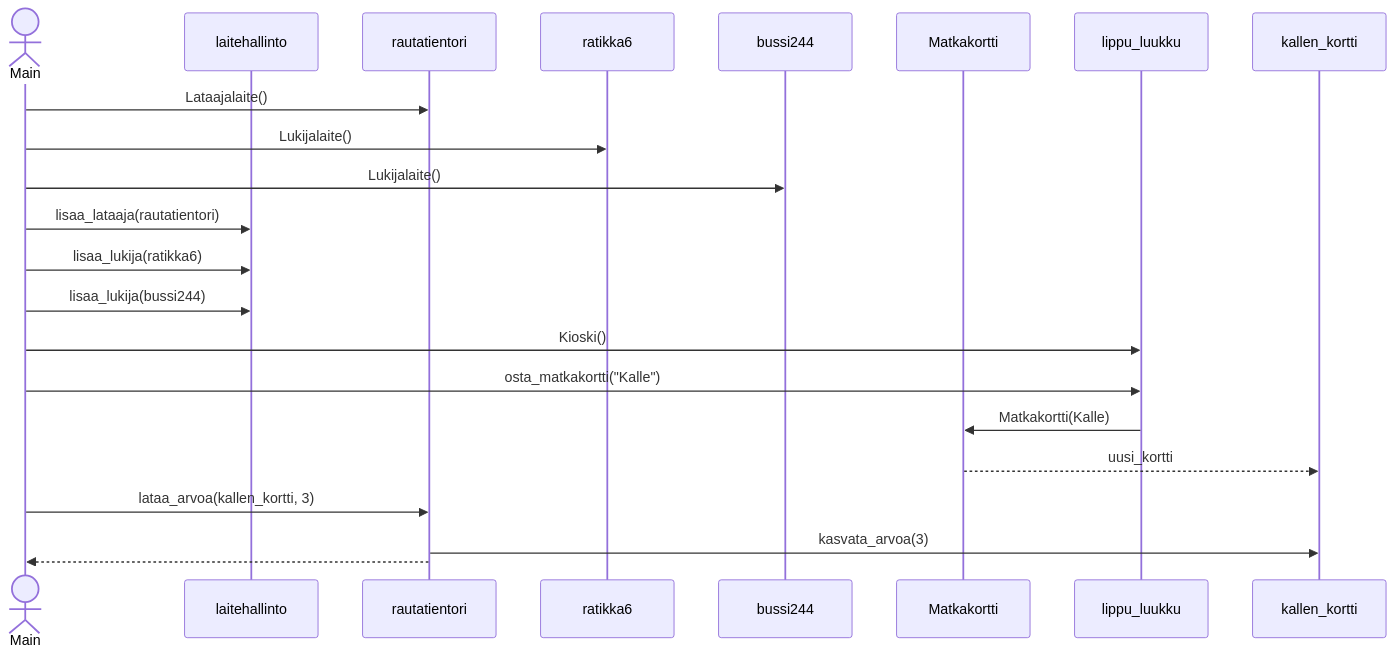
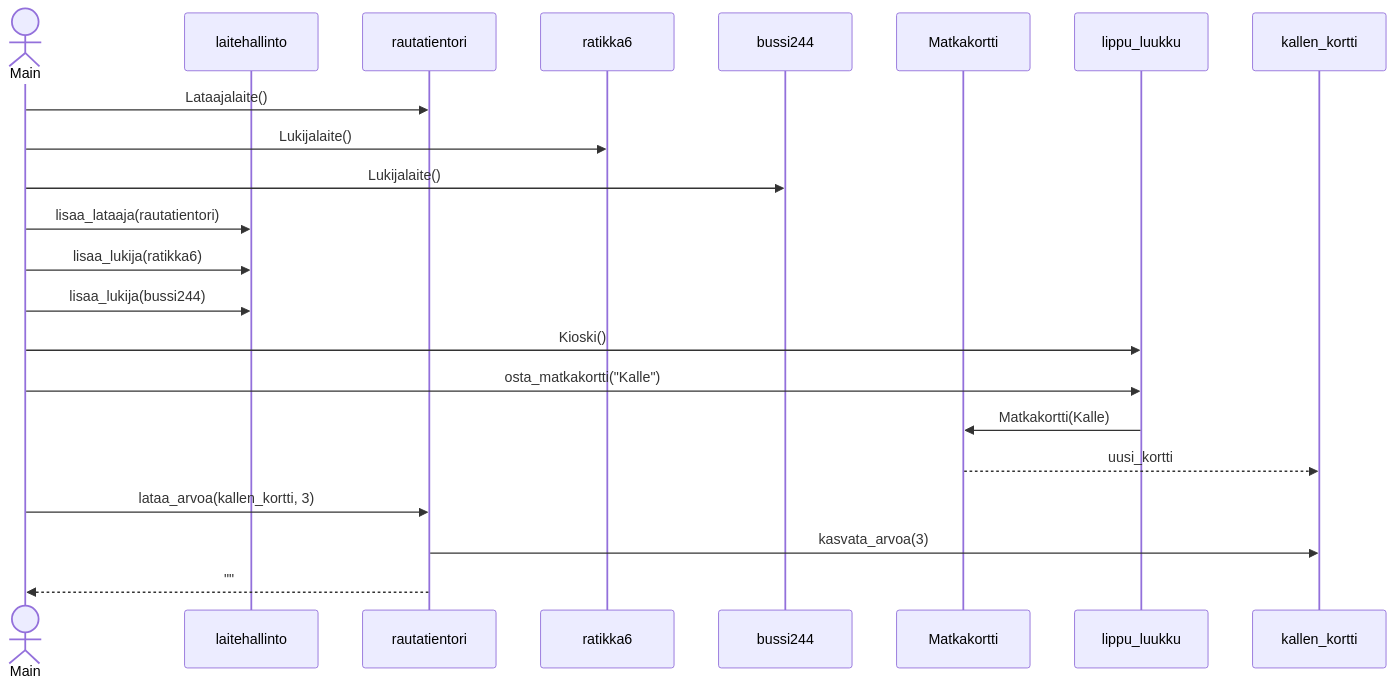
The diagram in laskarit/viikko3/sekvenssikaavio.md (Germuu/ot-harjoitusty-), drawn with Mermaid before and after one commit.

````diff
--- a/laskarit/viikko3/sekvenssikaavio.md
+++ b/laskarit/viikko3/sekvenssikaavio.md
@@ -1,33 +1,33 @@
 ```mermaid
 sequenceDiagram
   actor Main
   participant laitehallinto
   participant rautatientori
   participant ratikka6
   participant bussi244
   participant Matkakortti
   
   Main ->> rautatientori : Lataajalaite()
   Main ->> ratikka6: Lukijalaite()
   Main ->> bussi244: Lukijalaite()
 
   Main ->> laitehallinto : lisaa_lataaja(rautatientori)
   Main ->> laitehallinto : lisaa_lukija(ratikka6)
   Main ->> laitehallinto : lisaa_lukija(bussi244)
 
   Main ->> lippu_luukku : Kioski()
   Main ->> lippu_luukku : osta_matkakortti("Kalle")
   lippu_luukku ->> Matkakortti : Matkakortti(Kalle)
   Matkakortti -->> kallen_kortti : uusi_kortti
 
   Main ->> rautatientori : lataa_arvoa(kallen_kortti, 3)
   rautatientori ->> kallen_kortti : kasvata_arvoa(3)
-  rautatientori -->> Main :
+  rautatientori -->> Main : ""
   
   
 
   
   
 
  
 ```
````
